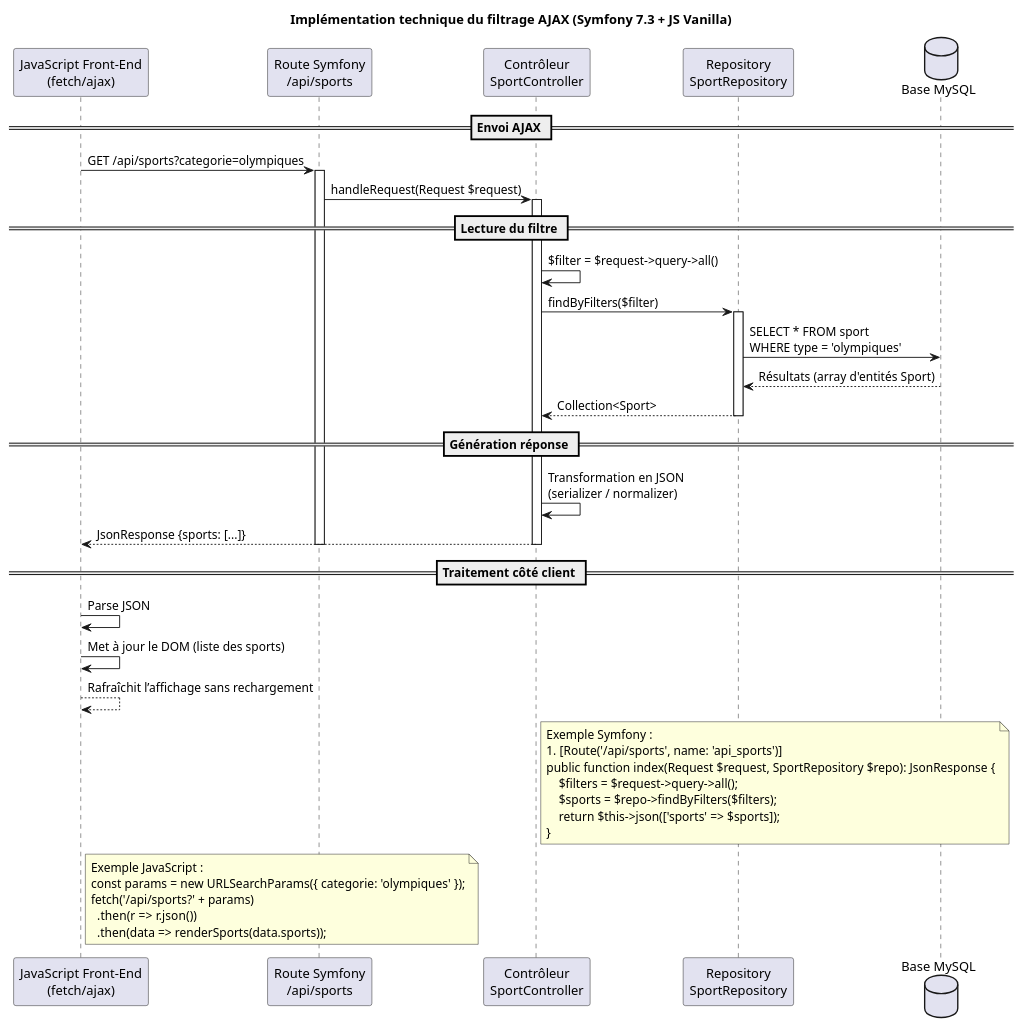
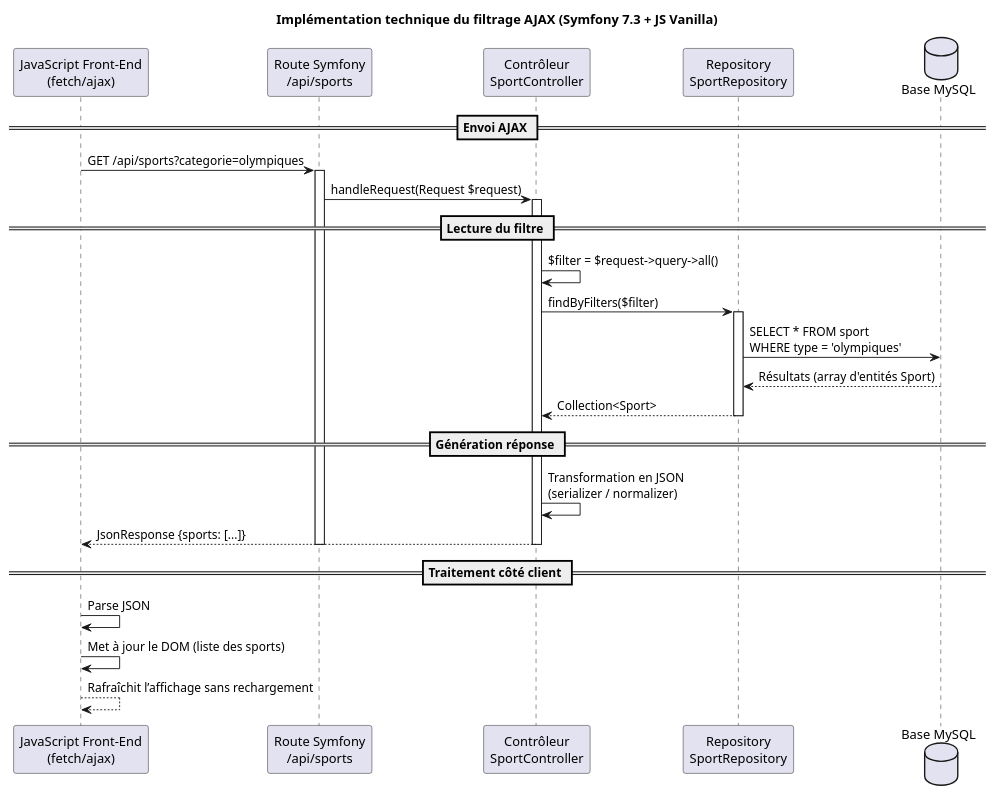
The diagram in app/docs/diagrams/filtrage-sport-implementation-technique.puml (Clickandgo-informatique/jo2024-docker), drawn with PlantUML before and after one commit. The commit also changed 104 other files, not shown here.

```diff
--- a/app/docs/diagrams/filtrage-sport-implementation-technique.puml
+++ b/app/docs/diagrams/filtrage-sport-implementation-technique.puml
@@ -1,56 +1,38 @@
 @startuml
 title Implémentation technique du filtrage AJAX (Symfony 7.3 + JS Vanilla)
 
 participant "JavaScript Front-End\n(fetch/ajax)" as JS
 participant "Route Symfony\n/api/sports" as Route
 participant "Contrôleur\nSportController" as Controller
 participant "Repository\nSportRepository" as Repo
 database "Base MySQL" as DB
 
 == Envoi AJAX ==
 JS -> Route : GET /api/sports?categorie=olympiques
 activate Route
 
 Route -> Controller : handleRequest(Request $request)
 activate Controller
 
 == Lecture du filtre ==
 Controller -> Controller : $filter = $request->query->all()
 Controller -> Repo : findByFilters($filter)
 
 activate Repo
 Repo -> DB : SELECT * FROM sport\nWHERE type = 'olympiques'
 DB --> Repo : Résultats (array d'entités Sport)
 Repo --> Controller : Collection<Sport>
 deactivate Repo
 
 == Génération réponse ==
 Controller -> Controller : Transformation en JSON\n(serializer / normalizer)
 Controller --> JS : JsonResponse {sports: [...]}
 deactivate Controller
 deactivate Route
 
 == Traitement côté client ==
 JS -> JS : Parse JSON
 JS -> JS : Met à jour le DOM (liste des sports)
 JS --> JS : Rafraîchit l’affichage sans rechargement
 
-note right of Controller
-  Exemple Symfony :
-  #[Route('/api/sports', name: 'api_sports')]
-  public function index(Request $request, SportRepository $repo): JsonResponse {
-      $filters = $request->query->all();
-      $sports = $repo->findByFilters($filters);
-      return $this->json(['sports' => $sports]);
-  }
-end note
-
-note right of JS
-  Exemple JavaScript :
-  const params = new URLSearchParams({ categorie: 'olympiques' });
-  fetch('/api/sports?' + params)
-    .then(r => r.json())
-    .then(data => renderSports(data.sports));
-end note
-
 @enduml
```
